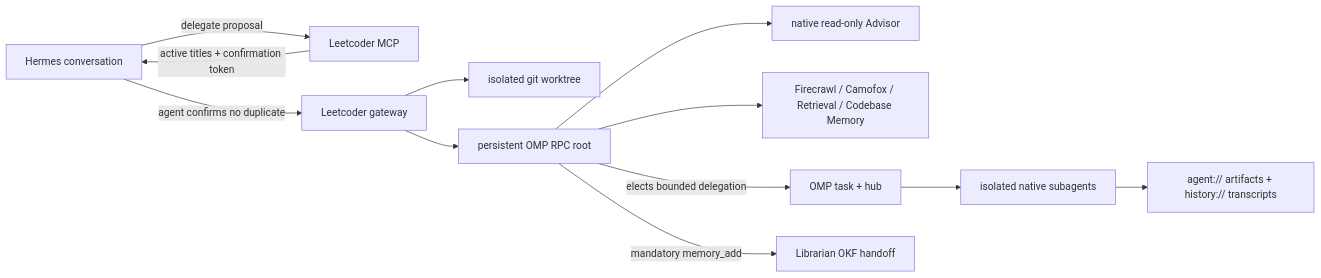
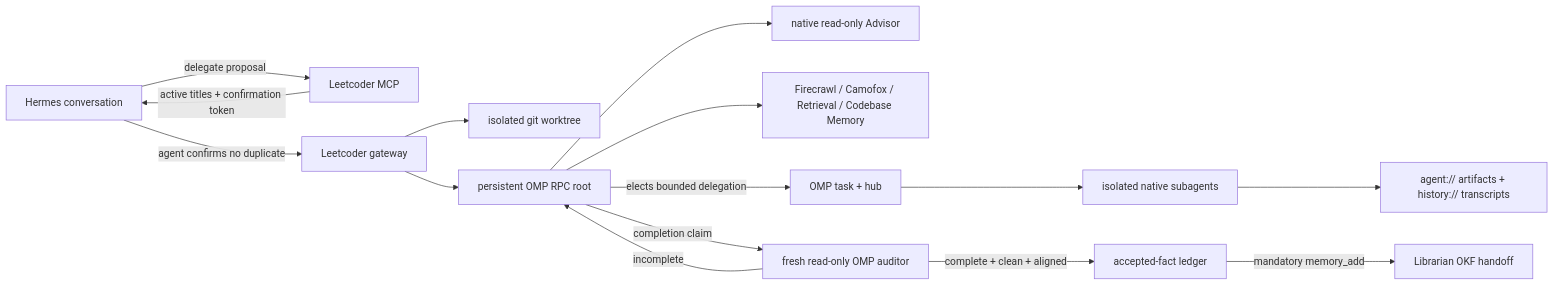
The diagram in README.md (CommanderTurtle/leetcoder), drawn with Mermaid before and after one commit. The commit also changed other lines of this file and 14 other files, not shown here.

````diff
--- a/README.md
+++ b/README.md
@@ -14,14 +14,17 @@
 ```mermaid
 flowchart LR
   H["Hermes conversation"] -->|"delegate proposal"| M["Leetcoder MCP"]
   M -->|"active titles + confirmation token"| H
   H -->|"agent confirms no duplicate"| G["Leetcoder gateway"]
   G --> W["isolated git worktree"]
   G --> O["persistent OMP RPC root"]
   O --> A["native read-only Advisor"]
   O --> F["Firecrawl / Camofox / Retrieval / Codebase Memory"]
   O -->|"elects bounded delegation"| S["OMP task + hub"]
   S --> C["isolated native subagents"]
   C --> R["agent:// artifacts + history:// transcripts"]
-  O -->|"mandatory memory_add"| L["Librarian OKF handoff"]
+  O -->|"completion claim"| V["fresh read-only OMP auditor"]
+  V -->|"incomplete"| O
+  V -->|"complete + clean + aligned"| FCT["accepted-fact ledger"]
+  FCT -->|"mandatory memory_add"| L["Librarian OKF handoff"]
 ```
````
